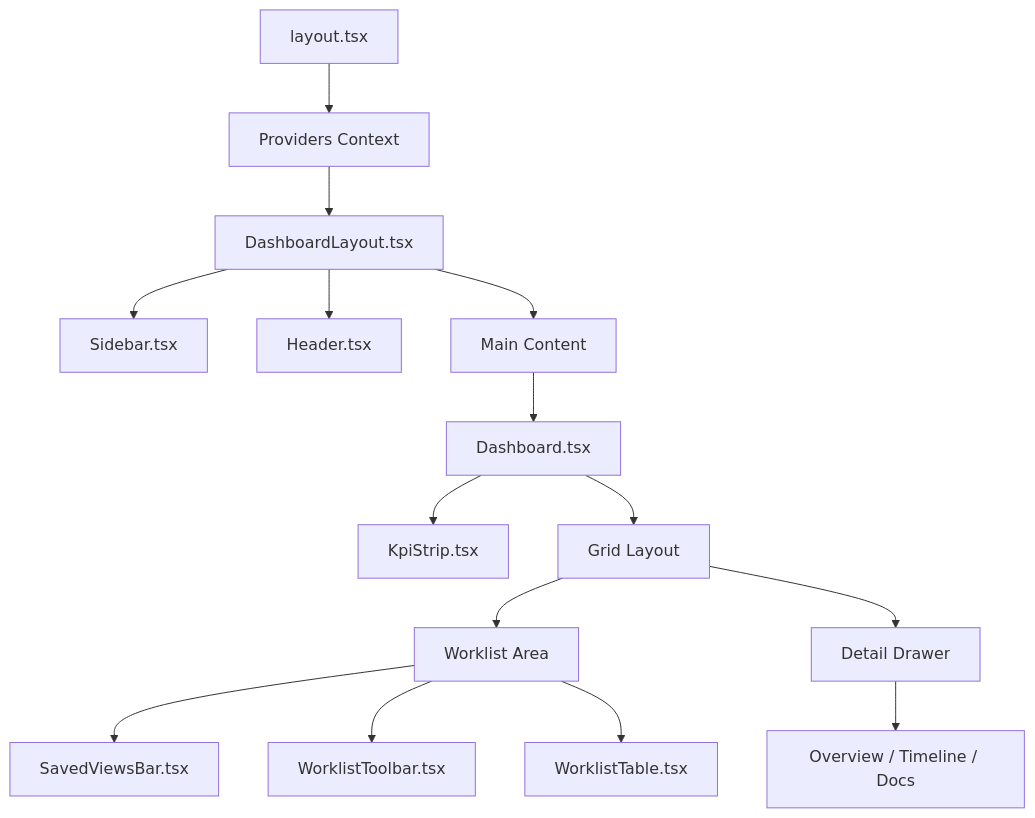
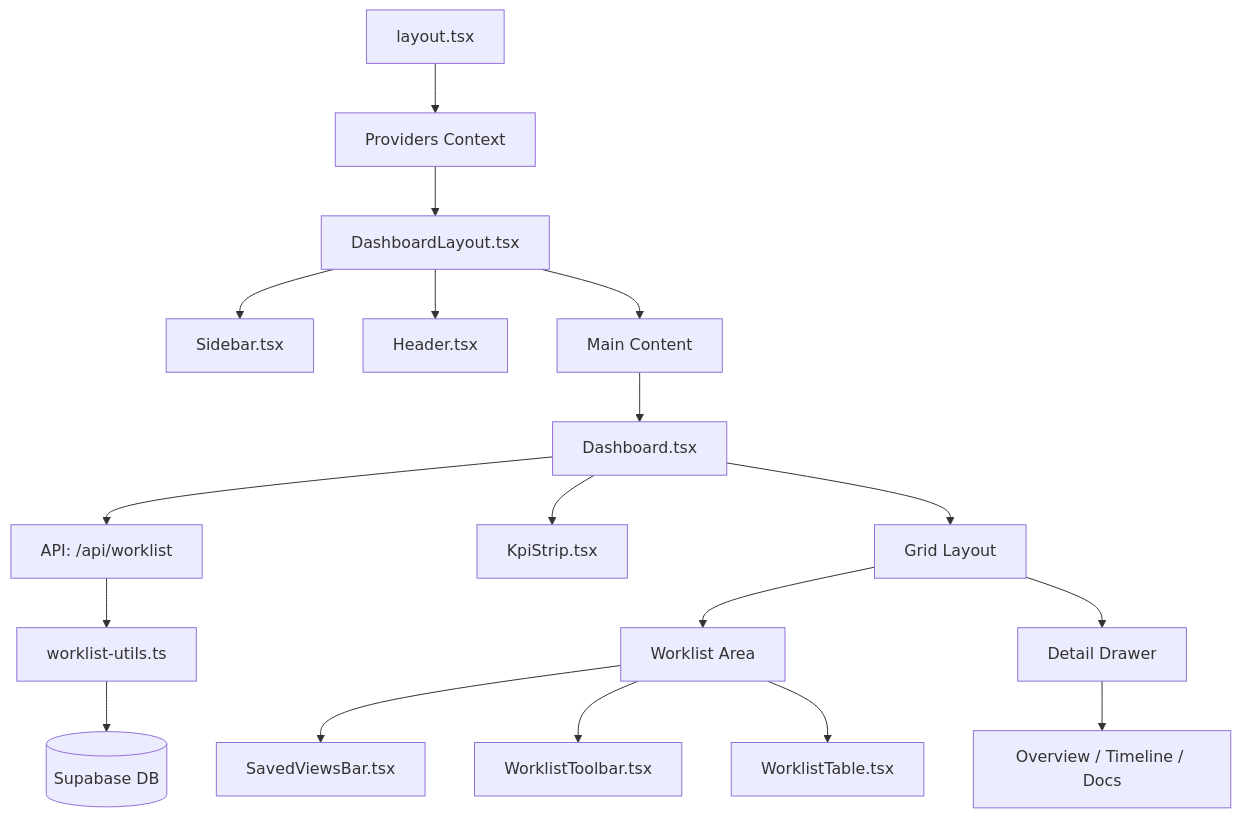
One commit to macho715/HVDC_DASH changed the second of 4 diagrams in docs/SYSTEM_ARCHITECTURE.md. Above: the diagram before and after it, drawn with Mermaid. The commit also changed other lines of this file and 4 other files, not shown here.

Commit message:
feat: implement /api/worklist endpoint for dashboard data aggregation, integrate KPI calculations, and ensure Asia/Dubai timezone consistency across date operations

````diff
--- a/docs/SYSTEM_ARCHITECTURE.md
+++ b/docs/SYSTEM_ARCHITECTURE.md
@@ -74,23 +75,27 @@
 ```mermaid
 graph TD
     RootLayout[layout.tsx] --> Providers[Providers Context]
     Providers --> DashboardLayout[DashboardLayout.tsx]
     
     DashboardLayout --> Sidebar[Sidebar.tsx]
     DashboardLayout --> Header[Header.tsx]
     DashboardLayout --> MainArea[Main Content]
     
     MainArea --> DashboardPage[Dashboard.tsx]
     
+    DashboardPage --> API[API: /api/worklist]
     DashboardPage --> KPI[KpiStrip.tsx]
     
     DashboardPage --> ContentSplit[Grid Layout]
     ContentSplit --> WorklistSection[Worklist Area]
     ContentSplit --> DetailSection[Detail Drawer]
     
     WorklistSection --> SavedViews[SavedViewsBar.tsx]
     WorklistSection --> Toolbar[WorklistToolbar.tsx]
     WorklistSection --> Table[WorklistTable.tsx]
     
     DetailSection --> Tabs[Overview / Timeline / Docs]
+    
+    API --> Utils[worklist-utils.ts]
+    Utils --> SupabaseDB[(Supabase DB)]
 ```
````
